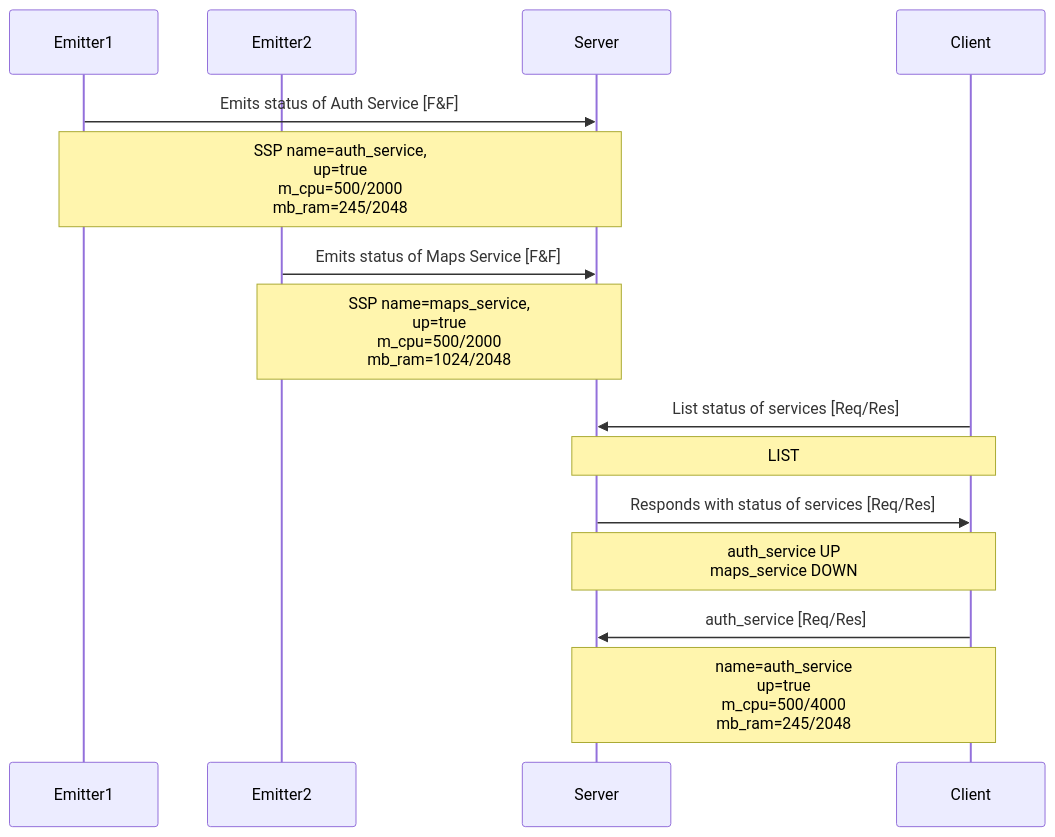
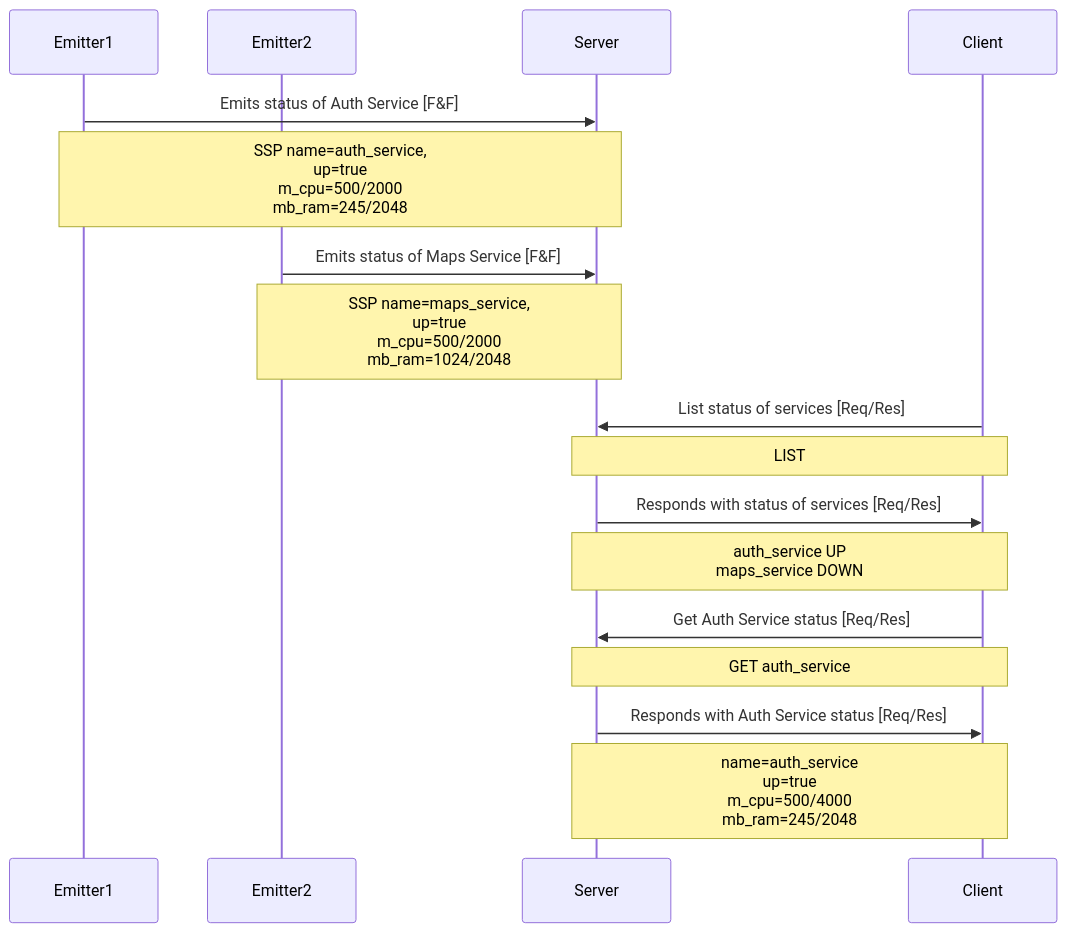
One commit to AlexandrePhilibert/dai-labo-3 changed the first of 2 diagrams in SPEC.md. Above: the diagram before and after it, drawn with Mermaid.

Commit message:
Fix diagrams

````diff
--- a/SPEC.md
+++ b/SPEC.md
@@ -159,18 +159,20 @@
 ```mermaid
 sequenceDiagram
   participant Emitter1
   participant Emitter2
   participant Server
   participant Client
 
   Emitter1->>Server: Emits status of Auth Service [F&F]
   Note over Emitter1,Server: SSP name=auth_service, <br/>up=true<br />m_cpu=500/2000<br />mb_ram=245/2048
   Emitter2->>Server: Emits status of Maps Service [F&F]
   Note over Emitter2,Server: SSP name=maps_service, <br/>up=true<br />m_cpu=500/2000<br />mb_ram=1024/2048
   Client->>Server: List status of services [Req/Res]
   Note over Client,Server: LIST
   Server->>Client: Responds with status of services [Req/Res]
   Note over Server,Client: auth_service UP<br />maps_service DOWN
-  Client->>Server: auth_service [Req/Res]
-  Note over Server,Client: name=auth_service<br />up=true<br />m_cpu=500/4000<br />mb_ram=245/2048
+  Client->>Server: Get Auth Service status [Req/Res]
+  Note over Client,Server: GET auth_service
+  Server->>Client: Responds with Auth Service status [Req/Res]
+  Note over Client,Server: name=auth_service<br />up=true<br />m_cpu=500/4000<br />mb_ram=245/2048
 ```
````
